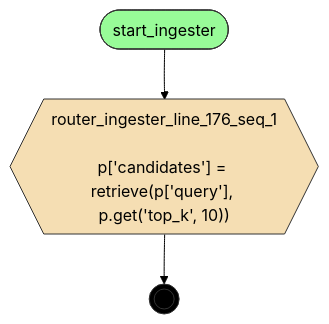
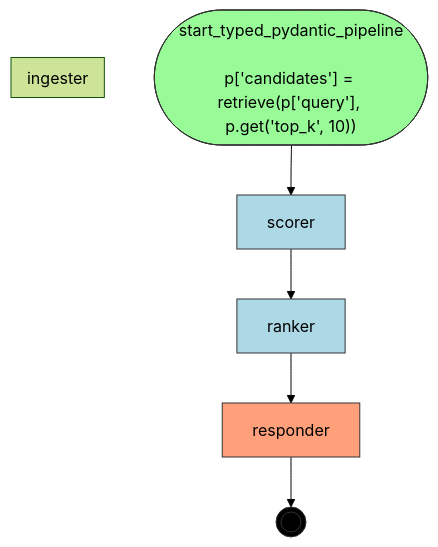
The diagram in examples/flows/compiled/typed_pydantic_pipeline/flow.mmd (deliveryhero/asya), drawn with Mermaid (forest theme) before and after one commit. The commit also changed 160 other files, not shown here.

```diff
--- a/examples/flows/compiled/typed_pydantic_pipeline/flow.mmd
+++ b/examples/flows/compiled/typed_pydantic_pipeline/flow.mmd
@@ -1,18 +1,25 @@
 flowchart TD
-    %% Flow: ingester
+    %% Flow: typed_pydantic_pipeline
 
-    router_ingester_line_176_seq_1{{"router_ingester_line_176_seq_1<br/><br/>p['candidates'] = retrieve(p['query'], p.get('top_k', 10))"}}
-    start_ingester([start_ingester])
+    ranker[ranker]
+    responder[responder]
+    scorer[scorer]
+    start_typed_pydantic_pipeline(["start_typed_pydantic_pipeline<br/><br/>p['candidates'] = retrieve(p['query'], p.get('top_k', 10))"])
     __end__((( )))
 
-    start_ingester --> router_ingester_line_176_seq_1
-    router_ingester_line_176_seq_1 --> __end__
+    start_typed_pydantic_pipeline --> scorer
+    scorer --> ranker
+    ranker --> responder
+    responder --> __end__
+    subgraph ingester[ingester]
+    end
 
     classDef start fill:#98FB98,stroke:#333
     classDef endnode fill:#FFA07A,stroke:#333
     classDef router fill:#F5DEB3,stroke:#333
     classDef handler fill:#ADD8E6,stroke:#333
     classDef endpoint fill:#000,stroke:#333,color:#fff
-    class start_ingester start
-    class router_ingester_line_176_seq_1 router
+    class start_typed_pydantic_pipeline start
+    class responder endnode
+    class ranker,scorer handler
     class __end__ endpoint
```
